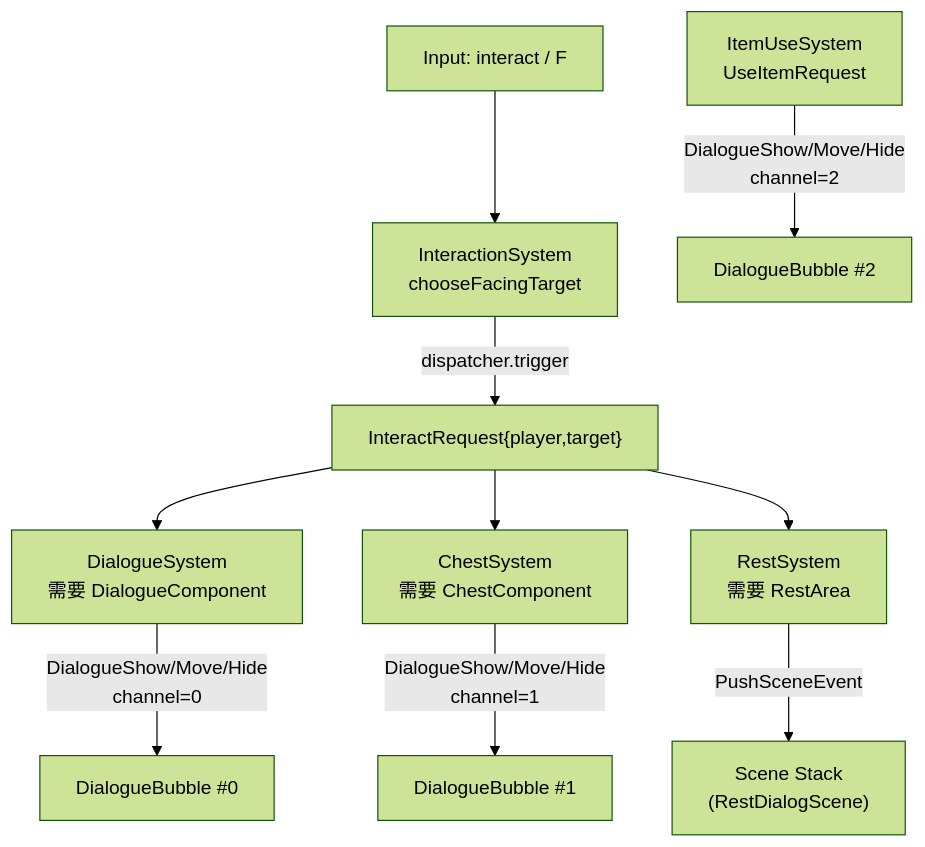
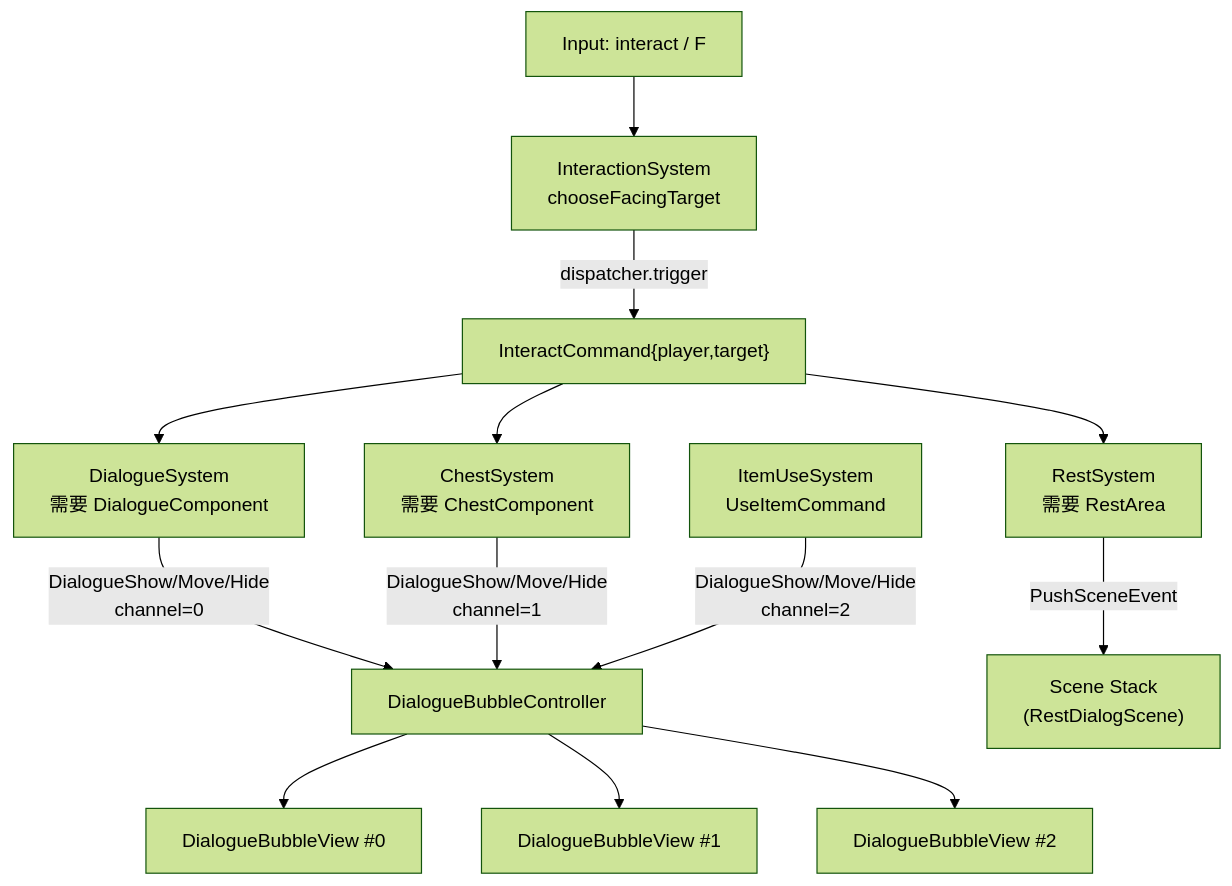
Before and after one commit to WispSnow/TinyFarmRPG: the diagram in docs/game/interaction_and_dialogue.md, drawn with Mermaid (forest theme). The commit also changed other lines of this file and 15 other files, not shown here.

````diff
--- a/docs/game/interaction_and_dialogue.md
+++ b/docs/game/interaction_and_dialogue.md
@@ -7,15 +7,19 @@
 ```mermaid
 flowchart TD
     F["Input: interact / F"] --> IS["InteractionSystem<br/>chooseFacingTarget"]
-    IS -->|dispatcher.trigger| IR["InteractRequest{player,target}"]
+    IS -->|dispatcher.trigger| IR["InteractCommand{player,target}"]
 
     IR --> DS["DialogueSystem<br/>需要 DialogueComponent"]
     IR --> CS["ChestSystem<br/>需要 ChestComponent"]
     IR --> RS["RestSystem<br/>需要 RestArea"]
 
-    DS -->|DialogueShow/Move/Hide<br/>channel=0| DB0["DialogueBubble #0"]
-    CS -->|DialogueShow/Move/Hide<br/>channel=1| DB1["DialogueBubble #1"]
-    IU["ItemUseSystem<br/>UseItemRequest"] -->|DialogueShow/Move/Hide<br/>channel=2| DB2["DialogueBubble #2"]
+    DS -->|DialogueShow/Move/Hide<br/>channel=0| DBC["DialogueBubbleController"]
+    CS -->|DialogueShow/Move/Hide<br/>channel=1| DBC
+    IU["ItemUseSystem<br/>UseItemCommand"] -->|DialogueShow/Move/Hide<br/>channel=2| DBC
+
+    DBC --> DB0["DialogueBubbleView #0"]
+    DBC --> DB1["DialogueBubbleView #1"]
+    DBC --> DB2["DialogueBubbleView #2"]
 
     RS -->|PushSceneEvent| Scene["Scene Stack<br/>(RestDialogScene)"]
 ```
````
